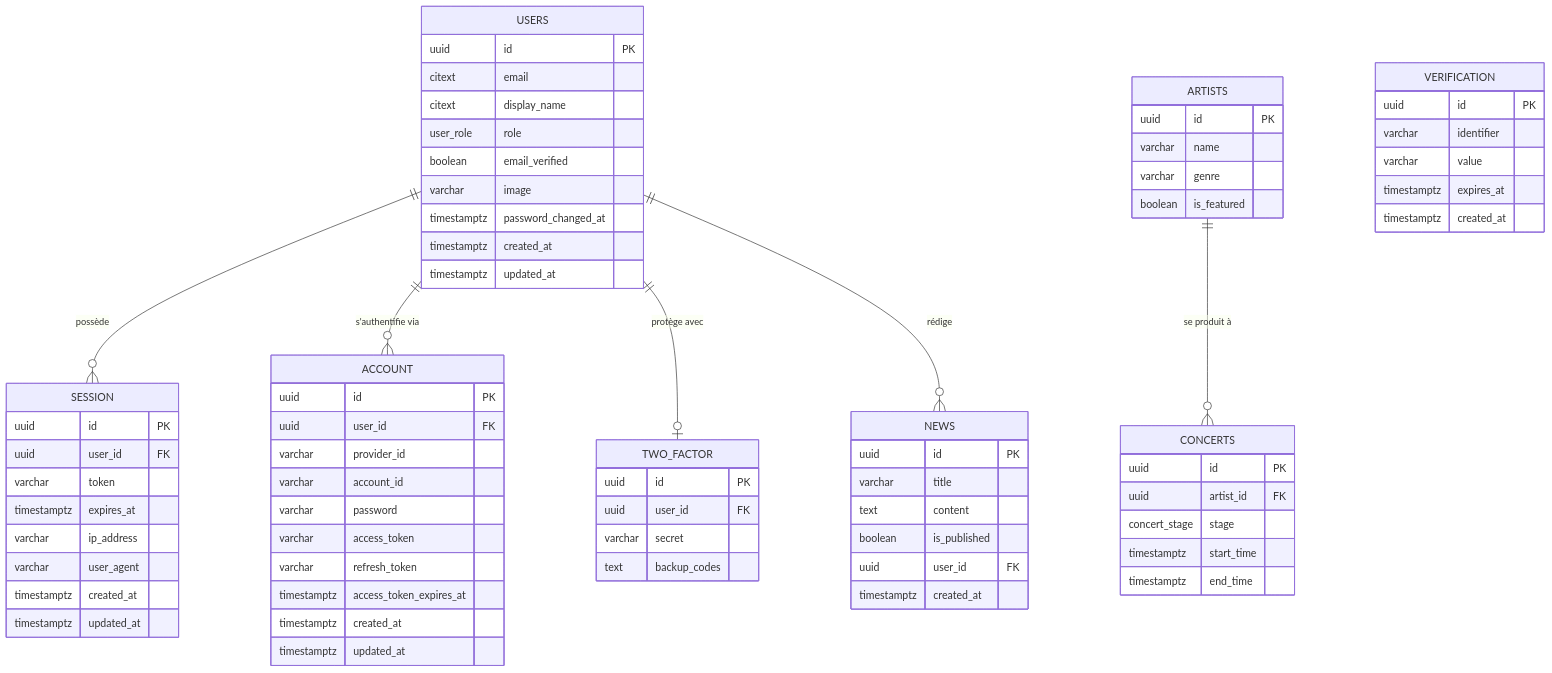
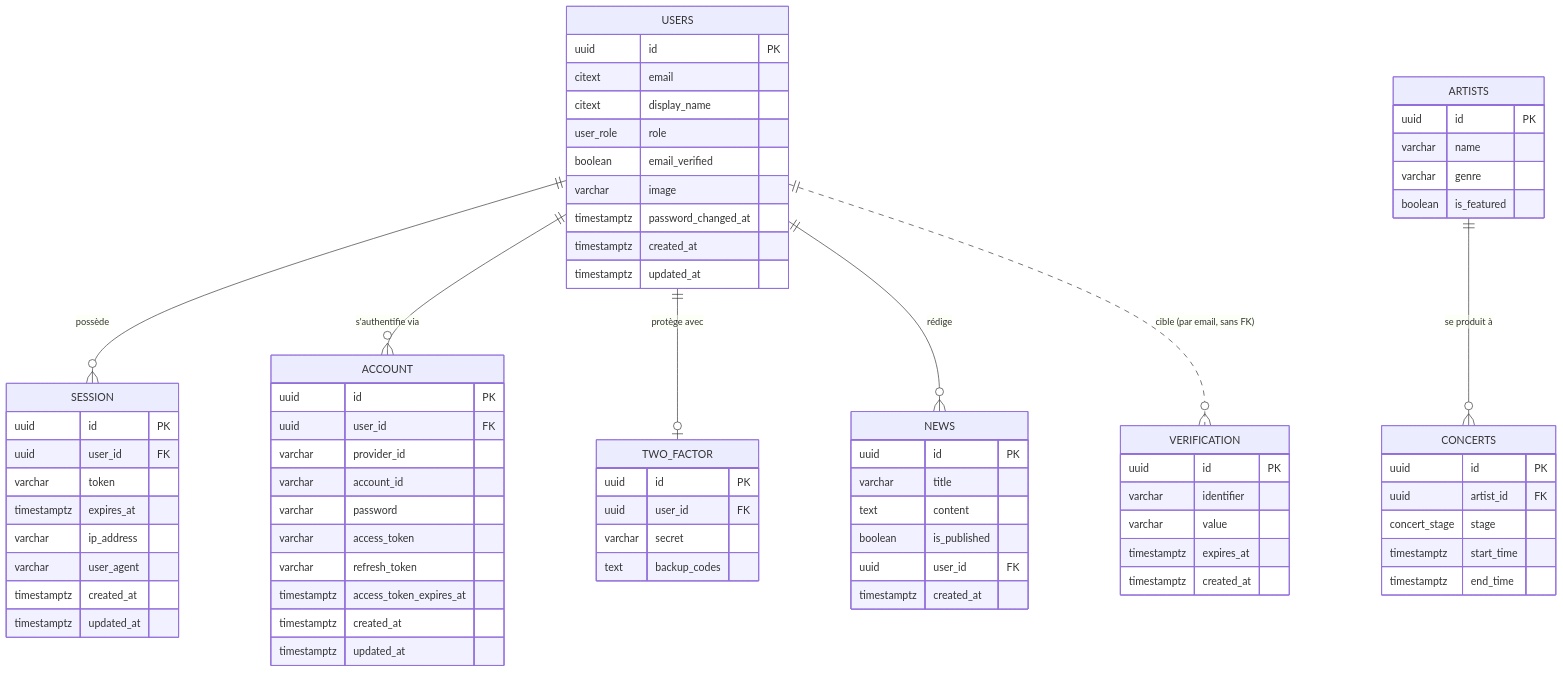
One commit to aurelienrnd/FestApp changed the diagram in Modèle de données/MCD.md. Above: the diagram before and after it, drawn with Mermaid. The commit also changed other lines of this file, not shown here.

First line of the commit message:
Clarifie le MCD : explique two_factor et le lien non-FK de verification

```diff
--- a/Modèle de données/MCD.md
+++ b/Modèle de données/MCD.md
@@ -8,6 +14,7 @@
     USERS ||--o{ ACCOUNT : "s'authentifie via"
     USERS ||--o| TWO_FACTOR : "protège avec"
     USERS ||--o{ NEWS : "rédige"
+    USERS ||..o{ VERIFICATION : "cible (par email, sans FK)"
     ARTISTS ||--o{ CONCERTS : "se produit à"
 
     USERS {
```
